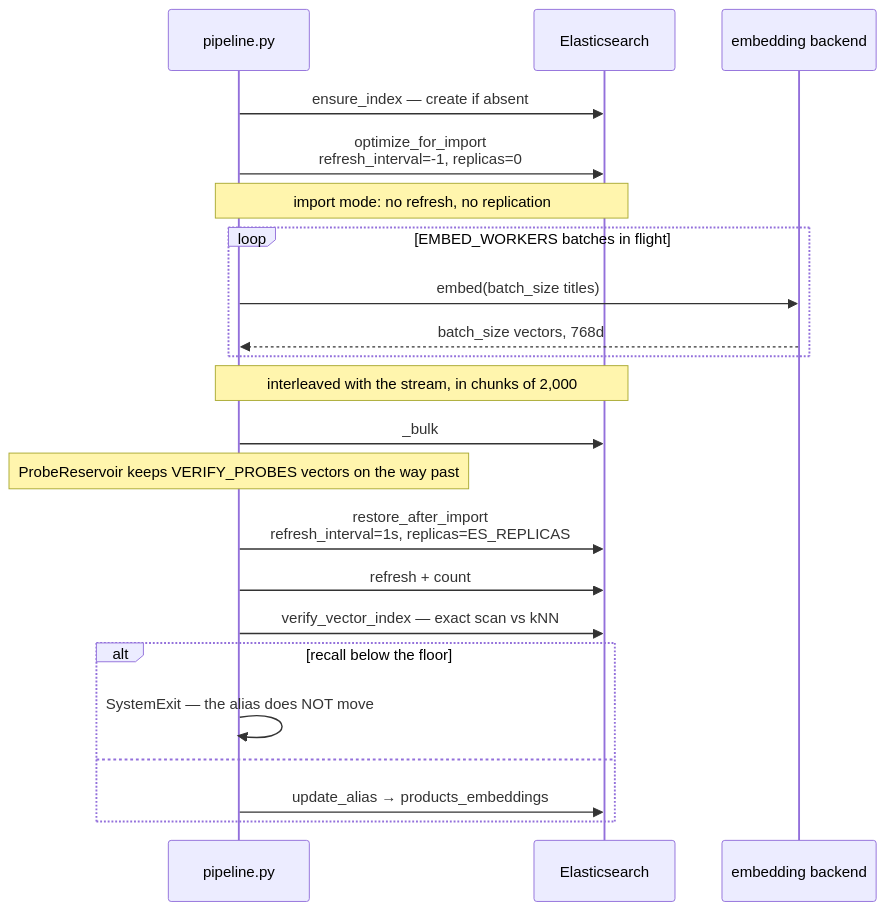
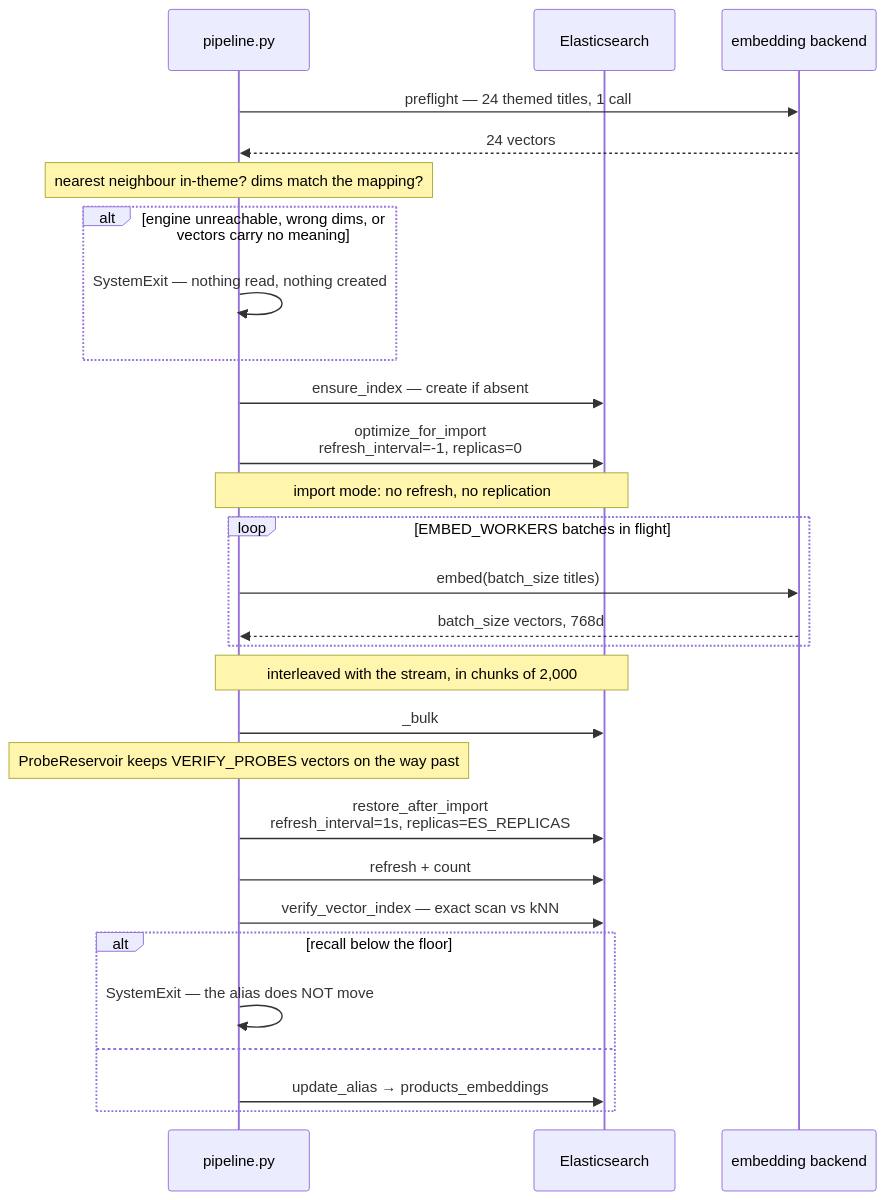
Before and after one commit to Guillaume-Gozillon/search-lab-ingest: the fifth of 7 diagrams in article-02-vector-ingestion/ARCHITECTURE.md, drawn with Mermaid. The commit also changed other lines of this file and 6 other files, not shown here.

````diff
--- a/article-02-vector-ingestion/ARCHITECTURE.md
+++ b/article-02-vector-ingestion/ARCHITECTURE.md
@@ -135,27 +140,34 @@
 ```mermaid
 sequenceDiagram
     participant P as pipeline.py
     participant ES as Elasticsearch
     participant B as embedding backend
+
+    P->>B: preflight — 24 themed titles, 1 call
+    B-->>P: 24 vectors
+    Note over P: nearest neighbour in-theme? dims match the mapping?
+    alt engine unreachable, wrong dims, or vectors carry no meaning
+        P->>P: SystemExit — nothing read, nothing created
+    end
 
     P->>ES: ensure_index — create if absent
     P->>ES: optimize_for_import<br/>refresh_interval=-1, replicas=0
     Note over P,ES: import mode: no refresh, no replication
 
     loop EMBED_WORKERS batches in flight
         P->>B: embed(batch_size titles)
         B-->>P: batch_size vectors, 768d
     end
     Note over P,ES: interleaved with the stream, in chunks of 2,000
     P->>ES: _bulk
     Note over P: ProbeReservoir keeps VERIFY_PROBES vectors on the way past
 
     P->>ES: restore_after_import<br/>refresh_interval=1s, replicas=ES_REPLICAS
     P->>ES: refresh + count
     P->>ES: verify_vector_index — exact scan vs kNN
     alt recall below the floor
         P->>P: SystemExit — the alias does NOT move
     else
         P->>ES: update_alias → products_embeddings
     end
 ```
````
